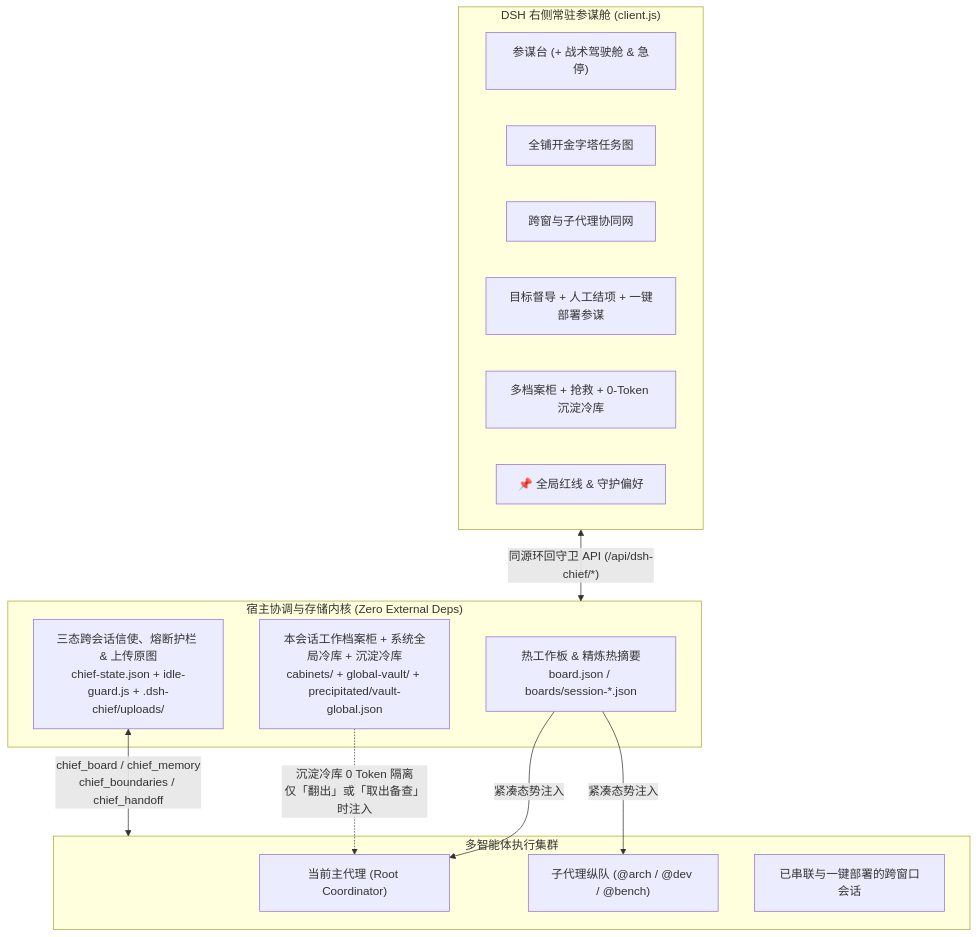
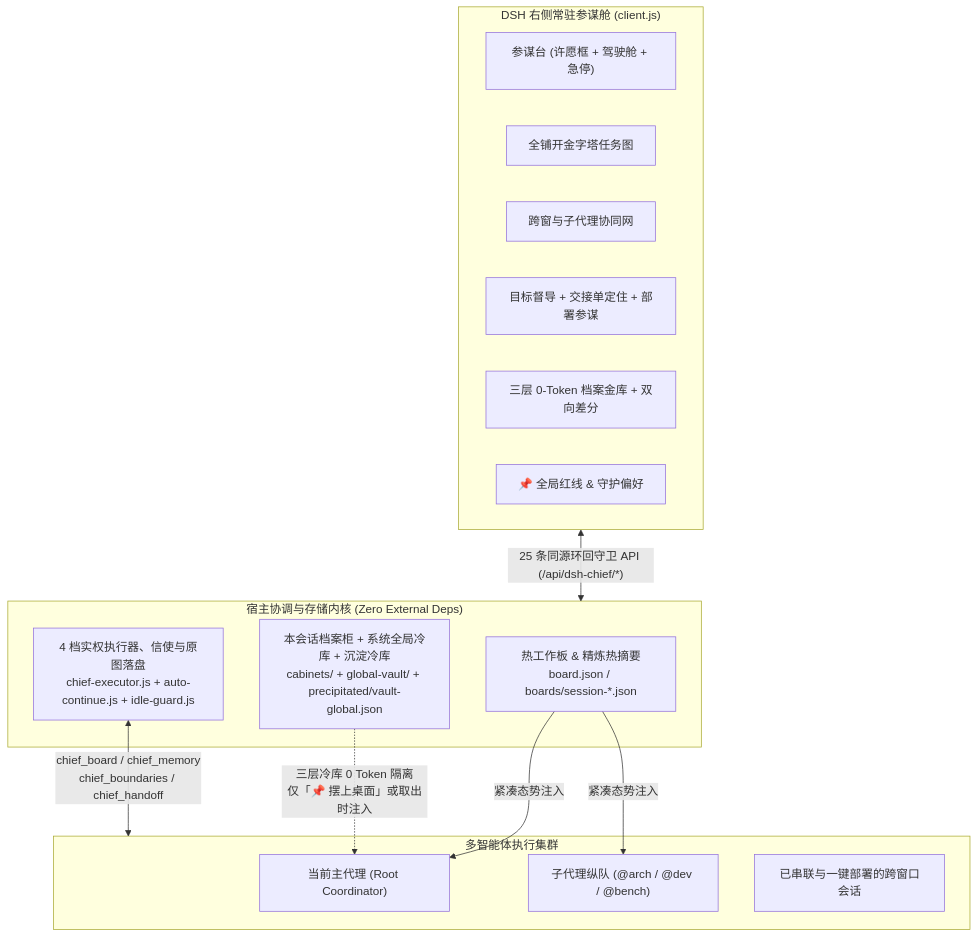
Before and after one commit to gluztm/dsh-chief: the diagram in README.md, drawn with Mermaid. The commit also changed other lines of this file and 10 other files, not shown here.

````diff
--- a/README.md
+++ b/README.md
@@ -144,29 +167,29 @@
 ```mermaid
 flowchart TB
   subgraph UI["DSH 右侧常驻参谋舱 (client.js)"]
-    T1["参谋台 (+ 战术驾驶舱 & 急停)"]
+    T1["参谋台 (许愿框 + 驾驶舱 + 急停)"]
     T2["全铺开金字塔任务图"]
     T3["跨窗与子代理协同网"]
-    T4["目标督导 + 人工结项 + 一键部署参谋"]
-    T5["多档案柜 + 抢救 + 0-Token 沉淀冷库"]
+    T4["目标督导 + 交接单定住 + 部署参谋"]
+    T5["三层 0-Token 档案金库 + 双向差分"]
     T6["📌 全局红线 & 守护偏好"]
   end
 
   subgraph Core["宿主协调与存储内核 (Zero External Deps)"]
     Hot["热工作板 & 精炼热摘要\nboard.json / boards/session-*.json"]
-    Cold["本会话工作档案柜 + 系统全局冷库 + 沉淀冷库\ncabinets/ + global-vault/ + precipitated/vault-global.json"]
-    Bus["三态跨会话信使、熔断护栏 & 上传原图\nchief-state.json + idle-guard.js + .dsh-chief/uploads/"]
+    Cold["本会话档案柜 + 系统全局冷库 + 沉淀冷库\ncabinets/ + global-vault/ + precipitated/vault-global.json"]
+    Bus["4 档实权执行器、信使与原图落盘\nchief-executor.js + auto-continue.js + idle-guard.js"]
   end
 
   subgraph Agents["多智能体执行集群"]
     Lead["当前主代理 (Root Coordinator)"]
     Subs["子代理纵队 (@arch / @dev / @bench)"]
     Peers["已串联与一键部署的跨窗口会话"]
   end
 
-  UI <-->|"同源环回守卫 API (/api/dsh-chief/*)"| Core
+  UI <-->|"25 条同源环回守卫 API (/api/dsh-chief/*)"| Core
   Hot -->|"紧凑态势注入"| Lead
   Hot -->|"紧凑态势注入"| Subs
-  Cold -.->|"沉淀冷库 0 Token 隔离\n仅「翻出」或「取出备查」时注入"| Lead
+  Cold -.->|"三层冷库 0 Token 隔离\n仅「📌 摆上桌面」或取出时注入"| Lead
   Bus <-->|"chief_board / chief_memory\nchief_boundaries / chief_handoff"| Agents
 ```
````
